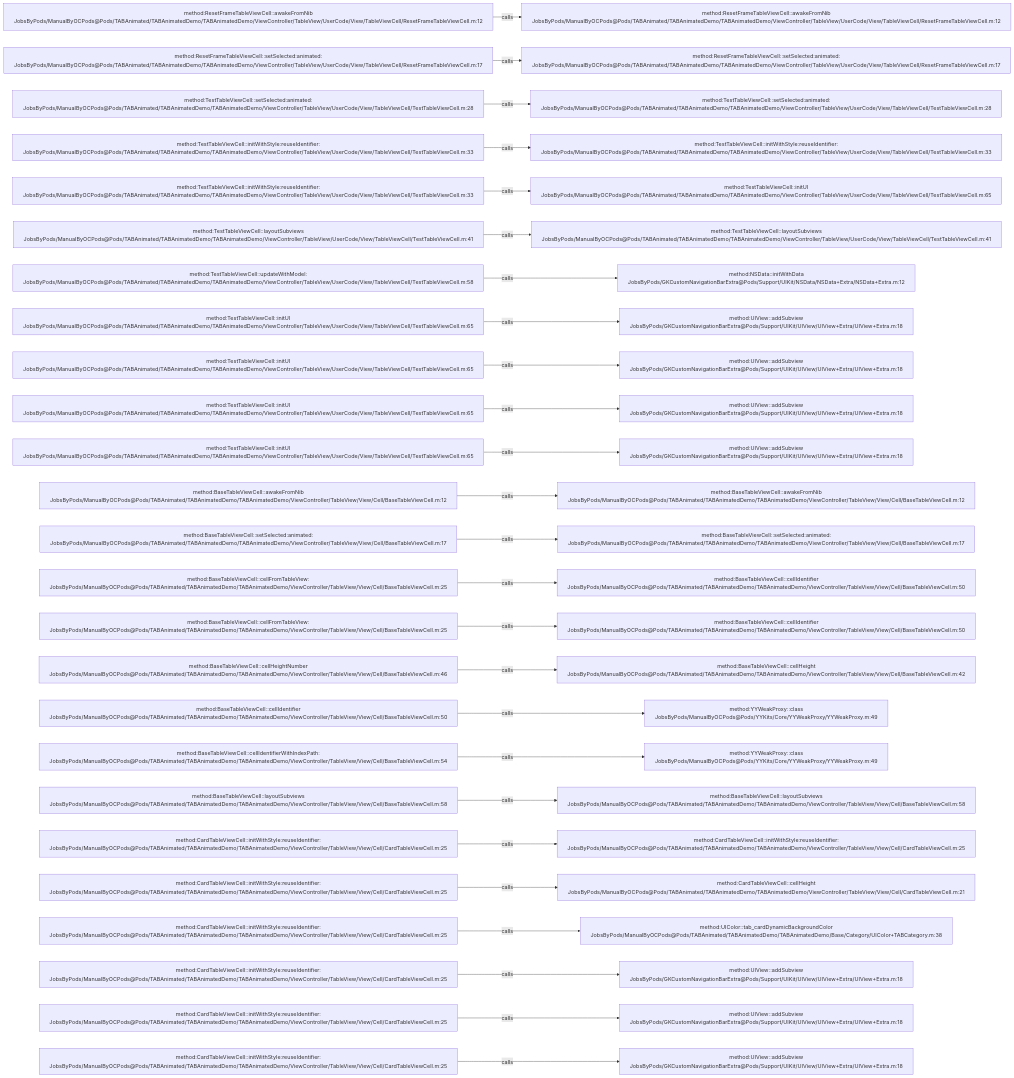
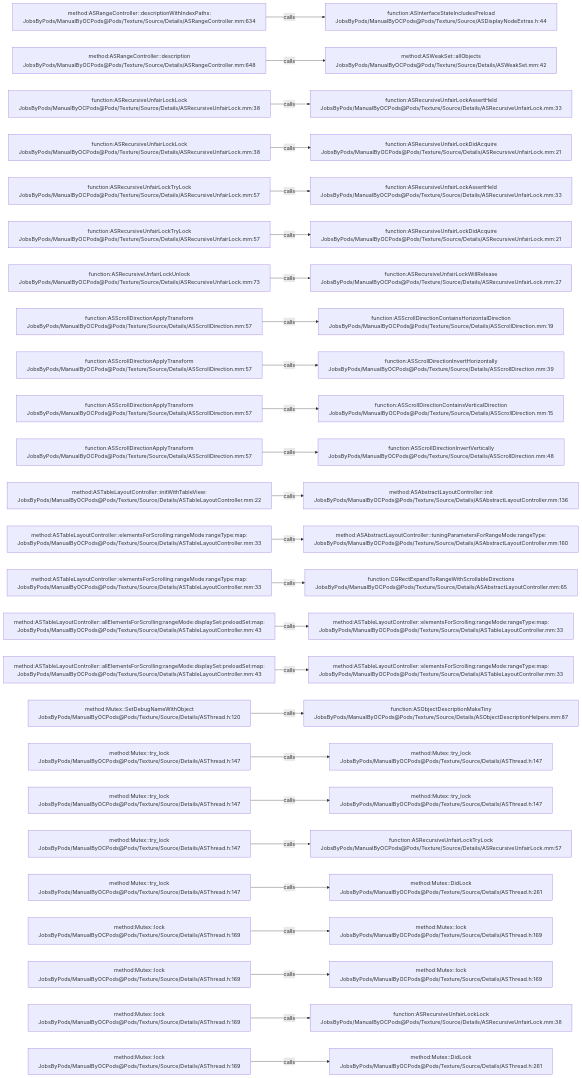
Before and after one commit to JobsKits/JobsOCBaseConfigDemo: the diagram in .codegraph/codegraph.md/graphs/calls-173.md, drawn with Mermaid. The commit also changed 2162 other files, not shown here.

````diff
--- a/.codegraph/codegraph.md/graphs/calls-173.md
+++ b/.codegraph/codegraph.md/graphs/calls-173.md
@@ -13,78 +13,78 @@
 ```mermaid
 flowchart LR
-  S1["method:ResetFrameTableViewCell::awakeFromNib<br/>JobsByPods/ManualByOCPods@Pods/TABAnimated/TABAnimatedDemo/TABAnimatedDemo/ViewController/TableView/UserCode/View/TableViewCell/ResetFrameTableViewCell.m:12"]
-  T1["method:ResetFrameTableViewCell::awakeFromNib<br/>JobsByPods/ManualByOCPods@Pods/TABAnimated/TABAnimatedDemo/TABAnimatedDemo/ViewController/TableView/UserCode/View/TableViewCell/ResetFrameTableViewCell.m:12"]
+  S1["method:ASRangeController::descriptionWithIndexPaths:<br/>JobsByPods/ManualByOCPods@Pods/Texture/Source/Details/ASRangeController.mm:634"]
+  T1["function:ASInterfaceStateIncludesPreload<br/>JobsByPods/ManualByOCPods@Pods/Texture/Source/ASDisplayNodeExtras.h:44"]
   S1 -->|calls| T1
-  S2["method:ResetFrameTableViewCell::setSelected:animated:<br/>JobsByPods/ManualByOCPods@Pods/TABAnimated/TABAnimatedDemo/TABAnimatedDemo/ViewController/TableView/UserCode/View/TableViewCell/ResetFrameTableViewCell.m:17"]
-  T2["method:ResetFrameTableViewCell::setSelected:animated:<br/>JobsByPods/ManualByOCPods@Pods/TABAnimated/TABAnimatedDemo/TABAnimatedDemo/ViewController/TableView/UserCode/View/TableViewCell/ResetFrameTableViewCell.m:17"]
+  S2["method:ASRangeController::description<br/>JobsByPods/ManualByOCPods@Pods/Texture/Source/Details/ASRangeController.mm:648"]
+  T2["method:ASWeakSet::allObjects<br/>JobsByPods/ManualByOCPods@Pods/Texture/Source/Details/ASWeakSet.mm:42"]
   S2 -->|calls| T2
-  S3["method:TestTableViewCell::setSelected:animated:<br/>JobsByPods/ManualByOCPods@Pods/TABAnimated/TABAnimatedDemo/TABAnimatedDemo/ViewController/TableView/UserCode/View/TableViewCell/TestTableViewCell.m:28"]
-  T3["method:TestTableViewCell::setSelected:animated:<br/>JobsByPods/ManualByOCPods@Pods/TABAnimated/TABAnimatedDemo/TABAnimatedDemo/ViewController/TableView/UserCode/View/TableViewCell/TestTableViewCell.m:28"]
+  S3["function:ASRecursiveUnfairLockLock<br/>JobsByPods/ManualByOCPods@Pods/Texture/Source/Details/ASRecursiveUnfairLock.mm:38"]
+  T3["function:ASRecursiveUnfairLockAssertHeld<br/>JobsByPods/ManualByOCPods@Pods/Texture/Source/Details/ASRecursiveUnfairLock.mm:33"]
   S3 -->|calls| T3
-  S4["method:TestTableViewCell::initWithStyle:reuseIdentifier:<br/>JobsByPods/ManualByOCPods@Pods/TABAnimated/TABAnimatedDemo/TABAnimatedDemo/ViewController/TableView/UserCode/View/TableViewCell/TestTableViewCell.m:33"]
-  T4["method:TestTableViewCell::initWithStyle:reuseIdentifier:<br/>JobsByPods/ManualByOCPods@Pods/TABAnimated/TABAnimatedDemo/TABAnimatedDemo/ViewController/TableView/UserCode/View/TableViewCell/TestTableViewCell.m:33"]
+  S4["function:ASRecursiveUnfairLockLock<br/>JobsByPods/ManualByOCPods@Pods/Texture/Source/Details/ASRecursiveUnfairLock.mm:38"]
+  T4["function:ASRecursiveUnfairLockDidAcquire<br/>JobsByPods/ManualByOCPods@Pods/Texture/Source/Details/ASRecursiveUnfairLock.mm:21"]
   S4 -->|calls| T4
-  S5["method:TestTableViewCell::initWithStyle:reuseIdentifier:<br/>JobsByPods/ManualByOCPods@Pods/TABAnimated/TABAnimatedDemo/TABAnimatedDemo/ViewController/TableView/UserCode/View/TableViewCell/TestTableViewCell.m:33"]
-  T5["method:TestTableViewCell::initUI<br/>JobsByPods/ManualByOCPods@Pods/TABAnimated/TABAnimatedDemo/TABAnimatedDemo/ViewController/TableView/UserCode/View/TableViewCell/TestTableViewCell.m:65"]
+  S5["function:ASRecursiveUnfairLockTryLock<br/>JobsByPods/ManualByOCPods@Pods/Texture/Source/Details/ASRecursiveUnfairLock.mm:57"]
+  T5["function:ASRecursiveUnfairLockAssertHeld<br/>JobsByPods/ManualByOCPods@Pods/Texture/Source/Details/ASRecursiveUnfairLock.mm:33"]
   S5 -->|calls| T5
-  S6["method:TestTableViewCell::layoutSubviews<br/>JobsByPods/ManualByOCPods@Pods/TABAnimated/TABAnimatedDemo/TABAnimatedDemo/ViewController/TableView/UserCode/View/TableViewCell/TestTableViewCell.m:41"]
-  T6["method:TestTableViewCell::layoutSubviews<br/>JobsByPods/ManualByOCPods@Pods/TABAnimated/TABAnimatedDemo/TABAnimatedDemo/ViewController/TableView/UserCode/View/TableViewCell/TestTableViewCell.m:41"]
+  S6["function:ASRecursiveUnfairLockTryLock<br/>JobsByPods/ManualByOCPods@Pods/Texture/Source/Details/ASRecursiveUnfairLock.mm:57"]
+  T6["function:ASRecursiveUnfairLockDidAcquire<br/>JobsByPods/ManualByOCPods@Pods/Texture/Source/Details/ASRecursiveUnfairLock.mm:21"]
   S6 -->|calls| T6
-  S7["method:TestTableViewCell::updateWithModel:<br/>JobsByPods/ManualByOCPods@Pods/TABAnimated/TABAnimatedDemo/TABAnimatedDemo/ViewController/TableView/UserCode/View/TableViewCell/TestTableViewCell.m:58"]
-  T7["method:NSData::initWithData<br/>JobsByPods/GKCustomNavigationBarExtra@Pods/Support/UIKit/NSData/NSData+Extra/NSData+Extra.m:12"]
+  S7["function:ASRecursiveUnfairLockUnlock<br/>JobsByPods/ManualByOCPods@Pods/Texture/Source/Details/ASRecursiveUnfairLock.mm:73"]
+  T7["function:ASRecursiveUnfairLockWillRelease<br/>JobsByPods/ManualByOCPods@Pods/Texture/Source/Details/ASRecursiveUnfairLock.mm:27"]
   S7 -->|calls| T7
-  S8["method:TestTableViewCell::initUI<br/>JobsByPods/ManualByOCPods@Pods/TABAnimated/TABAnimatedDemo/TABAnimatedDemo/ViewController/TableView/UserCode/View/TableViewCell/TestTableViewCell.m:65"]
-  T8["method:UIView::addSubview<br/>JobsByPods/GKCustomNavigationBarExtra@Pods/Support/UIKit/UIView/UIView+Extra/UIView+Extra.m:18"]
+  S8["function:ASScrollDirectionApplyTransform<br/>JobsByPods/ManualByOCPods@Pods/Texture/Source/Details/ASScrollDirection.mm:57"]
+  T8["function:ASScrollDirectionContainsHorizontalDirection<br/>JobsByPods/ManualByOCPods@Pods/Texture/Source/Details/ASScrollDirection.mm:19"]
   S8 -->|calls| T8
-  S9["method:TestTableViewCell::initUI<br/>JobsByPods/ManualByOCPods@Pods/TABAnimated/TABAnimatedDemo/TABAnimatedDemo/ViewController/TableView/UserCode/View/TableViewCell/TestTableViewCell.m:65"]
-  T9["method:UIView::addSubview<br/>JobsByPods/GKCustomNavigationBarExtra@Pods/Support/UIKit/UIView/UIView+Extra/UIView+Extra.m:18"]
+  S9["function:ASScrollDirectionApplyTransform<br/>JobsByPods/ManualByOCPods@Pods/Texture/Source/Details/ASScrollDirection.mm:57"]
+  T9["function:ASScrollDirectionInvertHorizontally<br/>JobsByPods/ManualByOCPods@Pods/Texture/Source/Details/ASScrollDirection.mm:39"]
   S9 -->|calls| T9
-  S10["method:TestTableViewCell::initUI<br/>JobsByPods/ManualByOCPods@Pods/TABAnimated/TABAnimatedDemo/TABAnimatedDemo/ViewController/TableView/UserCode/View/TableViewCell/TestTableViewCell.m:65"]
-  T10["method:UIView::addSubview<br/>JobsByPods/GKCustomNavigationBarExtra@Pods/Support/UIKit/UIView/UIView+Extra/UIView+Extra.m:18"]
+  S10["function:ASScrollDirectionApplyTransform<br/>JobsByPods/ManualByOCPods@Pods/Texture/Source/Details/ASScrollDirection.mm:57"]
+  T10["function:ASScrollDirectionContainsVerticalDirection<br/>JobsByPods/ManualByOCPods@Pods/Texture/Source/Details/ASScrollDirection.mm:15"]
   S10 -->|calls| T10
-  S11["method:TestTableViewCell::initUI<br/>JobsByPods/ManualByOCPods@Pods/TABAnimated/TABAnimatedDemo/TABAnimatedDemo/ViewController/TableView/UserCode/View/TableViewCell/TestTableViewCell.m:65"]
-  T11["method:UIView::addSubview<br/>JobsByPods/GKCustomNavigationBarExtra@Pods/Support/UIKit/UIView/UIView+Extra/UIView+Extra.m:18"]
+  S11["function:ASScrollDirectionApplyTransform<br/>JobsByPods/ManualByOCPods@Pods/Texture/Source/Details/ASScrollDirection.mm:57"]
+  T11["function:ASScrollDirectionInvertVertically<br/>JobsByPods/ManualByOCPods@Pods/Texture/Source/Details/ASScrollDirection.mm:48"]
   S11 -->|calls| T11
-  S12["method:BaseTableViewCell::awakeFromNib<br/>JobsByPods/ManualByOCPods@Pods/TABAnimated/TABAnimatedDemo/TABAnimatedDemo/ViewController/TableView/View/Cell/BaseTableViewCell.m:12"]
-  T12["method:BaseTableViewCell::awakeFromNib<br/>JobsByPods/ManualByOCPods@Pods/TABAnimated/TABAnimatedDemo/TABAnimatedDemo/ViewController/TableView/View/Cell/BaseTableViewCell.m:12"]
+  S12["method:ASTableLayoutController::initWithTableView:<br/>JobsByPods/ManualByOCPods@Pods/Texture/Source/Details/ASTableLayoutController.mm:22"]
+  T12["method:ASAbstractLayoutController::init<br/>JobsByPods/ManualByOCPods@Pods/Texture/Source/Details/ASAbstractLayoutController.mm:136"]
   S12 -->|calls| T12
-  S13["method:BaseTableViewCell::setSelected:animated:<br/>JobsByPods/ManualByOCPods@Pods/TABAnimated/TABAnimatedDemo/TABAnimatedDemo/ViewController/TableView/View/Cell/BaseTableViewCell.m:17"]
-  T13["method:BaseTableViewCell::setSelected:animated:<br/>JobsByPods/ManualByOCPods@Pods/TABAnimated/TABAnimatedDemo/TABAnimatedDemo/ViewController/TableView/View/Cell/BaseTableViewCell.m:17"]
+  S13["method:ASTableLayoutController::elementsForScrolling:rangeMode:rangeType:map:<br/>JobsByPods/ManualByOCPods@Pods/Texture/Source/Details/ASTableLayoutController.mm:33"]
+  T13["method:ASAbstractLayoutController::tuningParametersForRangeMode:rangeType:<br/>JobsByPods/ManualByOCPods@Pods/Texture/Source/Details/ASAbstractLayoutController.mm:160"]
   S13 -->|calls| T13
-  S14["method:BaseTableViewCell::cellFromTableView:<br/>JobsByPods/ManualByOCPods@Pods/TABAnimated/TABAnimatedDemo/TABAnimatedDemo/ViewController/TableView/View/Cell/BaseTableViewCell.m:25"]
-  T14["method:BaseTableViewCell::cellIdentifier<br/>JobsByPods/ManualByOCPods@Pods/TABAnimated/TABAnimatedDemo/TABAnimatedDemo/ViewController/TableView/View/Cell/BaseTableViewCell.m:50"]
+  S14["method:ASTableLayoutController::elementsForScrolling:rangeMode:rangeType:map:<br/>JobsByPods/ManualByOCPods@Pods/Texture/Source/Details/ASTableLayoutController.mm:33"]
+  T14["function:CGRectExpandToRangeWithScrollableDirections<br/>JobsByPods/ManualByOCPods@Pods/Texture/Source/Details/ASAbstractLayoutController.mm:65"]
   S14 -->|calls| T14
-  S15["method:BaseTableViewCell::cellFromTableView:<br/>JobsByPods/ManualByOCPods@Pods/TABAnimated/TABAnimatedDemo/TABAnimatedDemo/ViewController/TableView/View/Cell/BaseTableViewCell.m:25"]
-  T15["method:BaseTableViewCell::cellIdentifier<br/>JobsByPods/ManualByOCPods@Pods/TABAnimated/TABAnimatedDemo/TABAnimatedDemo/ViewController/TableView/View/Cell/BaseTableViewCell.m:50"]
+  S15["method:ASTableLayoutController::allElementsForScrolling:rangeMode:displaySet:preloadSet:map:<br/>JobsByPods/ManualByOCPods@Pods/Texture/Source/Details/ASTableLayoutController.mm:43"]
+  T15["method:ASTableLayoutController::elementsForScrolling:rangeMode:rangeType:map:<br/>JobsByPods/ManualByOCPods@Pods/Texture/Source/Details/ASTableLayoutController.mm:33"]
   S15 -->|calls| T15
-  S16["method:BaseTableViewCell::cellHeightNumber<br/>JobsByPods/ManualByOCPods@Pods/TABAnimated/TABAnimatedDemo/TABAnimatedDemo/ViewController/TableView/View/Cell/BaseTableViewCell.m:46"]
-  T16["method:BaseTableViewCell::cellHeight<br/>JobsByPods/ManualByOCPods@Pods/TABAnimated/TABAnimatedDemo/TABAnimatedDemo/ViewController/TableView/View/Cell/BaseTableViewCell.m:42"]
+  S16["method:ASTableLayoutController::allElementsForScrolling:rangeMode:displaySet:preloadSet:map:<br/>JobsByPods/ManualByOCPods@Pods/Texture/Source/Details/ASTableLayoutController.mm:43"]
+  T16["method:ASTableLayoutController::elementsForScrolling:rangeMode:rangeType:map:<br/>JobsByPods/ManualByOCPods@Pods/Texture/Source/Details/ASTableLayoutController.mm:33"]
   S16 -->|calls| T16
-  S17["method:BaseTableViewCell::cellIdentifier<br/>JobsByPods/ManualByOCPods@Pods/TABAnimated/TABAnimatedDemo/TABAnimatedDemo/ViewController/TableView/View/Cell/BaseTableViewCell.m:50"]
-  T17["method:YYWeakProxy::class<br/>JobsByPods/ManualByOCPods@Pods/YYKits/Core/YYWeakProxy/YYWeakProxy.m:49"]
+  S17["method:Mutex::SetDebugNameWithObject<br/>JobsByPods/ManualByOCPods@Pods/Texture/Source/Details/ASThread.h:120"]
+  T17["function:ASObjectDescriptionMakeTiny<br/>JobsByPods/ManualByOCPods@Pods/Texture/Source/Details/ASObjectDescriptionHelpers.mm:87"]
   S17 -->|calls| T17
-  S18["method:BaseTableViewCell::cellIdentifierWithIndexPath:<br/>JobsByPods/ManualByOCPods@Pods/TABAnimated/TABAnimatedDemo/TABAnimatedDemo/ViewController/TableView/View/Cell/BaseTableViewCell.m:54"]
-  T18["method:YYWeakProxy::class<br/>JobsByPods/ManualByOCPods@Pods/YYKits/Core/YYWeakProxy/YYWeakProxy.m:49"]
+  S18["method:Mutex::try_lock<br/>JobsByPods/ManualByOCPods@Pods/Texture/Source/Details/ASThread.h:147"]
+  T18["method:Mutex::try_lock<br/>JobsByPods/ManualByOCPods@Pods/Texture/Source/Details/ASThread.h:147"]
   S18 -->|calls| T18
-  S19["method:BaseTableViewCell::layoutSubviews<br/>JobsByPods/ManualByOCPods@Pods/TABAnimated/TABAnimatedDemo/TABAnimatedDemo/ViewController/TableView/View/Cell/BaseTableViewCell.m:58"]
-  T19["method:BaseTableViewCell::layoutSubviews<br/>JobsByPods/ManualByOCPods@Pods/TABAnimated/TABAnimatedDemo/TABAnimatedDemo/ViewController/TableView/View/Cell/BaseTableViewCell.m:58"]
+  S19["method:Mutex::try_lock<br/>JobsByPods/ManualByOCPods@Pods/Texture/Source/Details/ASThread.h:147"]
+  T19["method:Mutex::try_lock<br/>JobsByPods/ManualByOCPods@Pods/Texture/Source/Details/ASThread.h:147"]
   S19 -->|calls| T19
-  S20["method:CardTableViewCell::initWithStyle:reuseIdentifier:<br/>JobsByPods/ManualByOCPods@Pods/TABAnimated/TABAnimatedDemo/TABAnimatedDemo/ViewController/TableView/View/Cell/CardTableViewCell.m:25"]
-  T20["method:CardTableViewCell::initWithStyle:reuseIdentifier:<br/>JobsByPods/ManualByOCPods@Pods/TABAnimated/TABAnimatedDemo/TABAnimatedDemo/ViewController/TableView/View/Cell/CardTableViewCell.m:25"]
+  S20["method:Mutex::try_lock<br/>JobsByPods/ManualByOCPods@Pods/Texture/Source/Details/ASThread.h:147"]
+  T20["function:ASRecursiveUnfairLockTryLock<br/>JobsByPods/ManualByOCPods@Pods/Texture/Source/Details/ASRecursiveUnfairLock.mm:57"]
   S20 -->|calls| T20
-  S21["method:CardTableViewCell::initWithStyle:reuseIdentifier:<br/>JobsByPods/ManualByOCPods@Pods/TABAnimated/TABAnimatedDemo/TABAnimatedDemo/ViewController/TableView/View/Cell/CardTableViewCell.m:25"]
-  T21["method:CardTableViewCell::cellHeight<br/>JobsByPods/ManualByOCPods@Pods/TABAnimated/TABAnimatedDemo/TABAnimatedDemo/ViewController/TableView/View/Cell/CardTableViewCell.m:21"]
+  S21["method:Mutex::try_lock<br/>JobsByPods/ManualByOCPods@Pods/Texture/Source/Details/ASThread.h:147"]
+  T21["method:Mutex::DidLock<br/>JobsByPods/ManualByOCPods@Pods/Texture/Source/Details/ASThread.h:261"]
   S21 -->|calls| T21
-  S22["method:CardTableViewCell::initWithStyle:reuseIdentifier:<br/>JobsByPods/ManualByOCPods@Pods/TABAnimated/TABAnimatedDemo/TABAnimatedDemo/ViewController/TableView/View/Cell/CardTableViewCell.m:25"]
-  T22["method:UIColor::tab_cardDynamicBackgroundColor<br/>JobsByPods/ManualByOCPods@Pods/TABAnimated/TABAnimatedDemo/TABAnimatedDemo/Base/Category/UIColor+TABCategory.m:38"]
+  S22["method:Mutex::lock<br/>JobsByPods/ManualByOCPods@Pods/Texture/Source/Details/ASThread.h:169"]
+  T22["method:Mutex::lock<br/>JobsByPods/ManualByOCPods@Pods/Texture/Source/Details/ASThread.h:169"]
   S22 -->|calls| T22
-  S23["method:CardTableViewCell::initWithStyle:reuseIdentifier:<br/>JobsByPods/ManualByOCPods@Pods/TABAnimated/TABAnimatedDemo/TABAnimatedDemo/ViewController/TableView/View/Cell/CardTableViewCell.m:25"]
-  T23["method:UIView::addSubview<br/>JobsByPods/GKCustomNavigationBarExtra@Pods/Support/UIKit/UIView/UIView+Extra/UIView+Extra.m:18"]
+  S23["method:Mutex::lock<br/>JobsByPods/ManualByOCPods@Pods/Texture/Source/Details/ASThread.h:169"]
+  T23["method:Mutex::lock<br/>JobsByPods/ManualByOCPods@Pods/Texture/Source/Details/ASThread.h:169"]
   S23 -->|calls| T23
-  S24["method:CardTableViewCell::initWithStyle:reuseIdentifier:<br/>JobsByPods/ManualByOCPods@Pods/TABAnimated/TABAnimatedDemo/TABAnimatedDemo/ViewController/TableView/View/Cell/CardTableViewCell.m:25"]
-  T24["method:UIView::addSubview<br/>JobsByPods/GKCustomNavigationBarExtra@Pods/Support/UIKit/UIView/UIView+Extra/UIView+Extra.m:18"]
+  S24["method:Mutex::lock<br/>JobsByPods/ManualByOCPods@Pods/Texture/Source/Details/ASThread.h:169"]
+  T24["function:ASRecursiveUnfairLockLock<br/>JobsByPods/ManualByOCPods@Pods/Texture/Source/Details/ASRecursiveUnfairLock.mm:38"]
   S24 -->|calls| T24
-  S25["method:CardTableViewCell::initWithStyle:reuseIdentifier:<br/>JobsByPods/ManualByOCPods@Pods/TABAnimated/TABAnimatedDemo/TABAnimatedDemo/ViewController/TableView/View/Cell/CardTableViewCell.m:25"]
-  T25["method:UIView::addSubview<br/>JobsByPods/GKCustomNavigationBarExtra@Pods/Support/UIKit/UIView/UIView+Extra/UIView+Extra.m:18"]
+  S25["method:Mutex::lock<br/>JobsByPods/ManualByOCPods@Pods/Texture/Source/Details/ASThread.h:169"]
+  T25["method:Mutex::DidLock<br/>JobsByPods/ManualByOCPods@Pods/Texture/Source/Details/ASThread.h:261"]
   S25 -->|calls| T25
 ```
````
